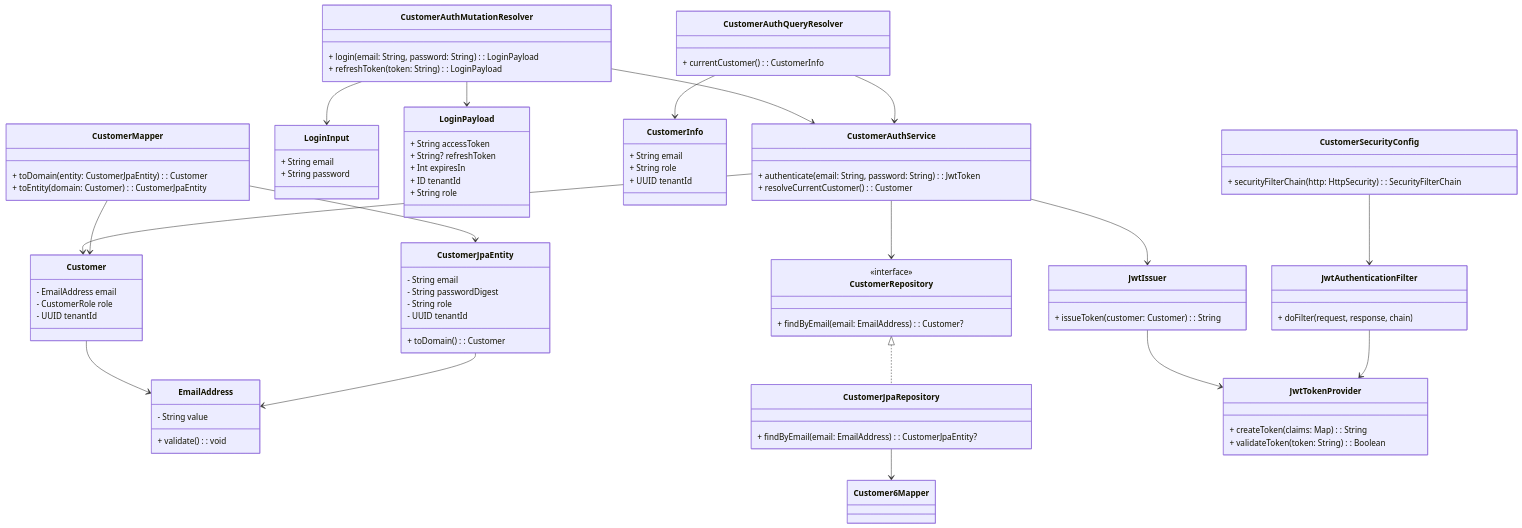
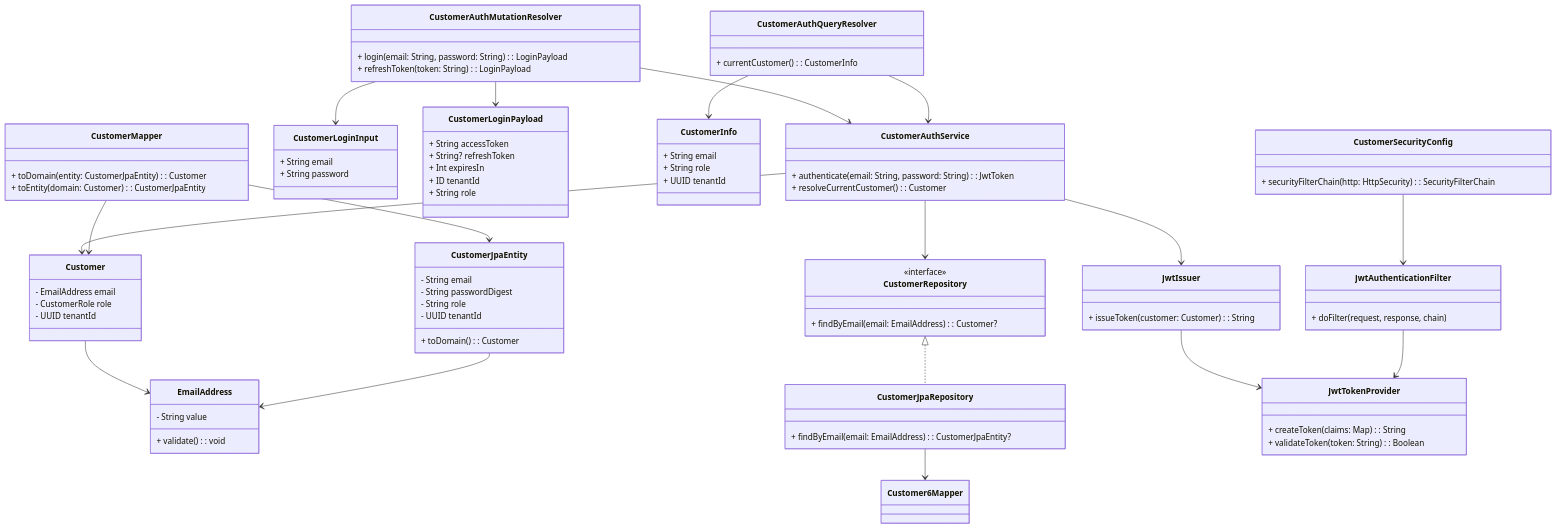
Before and after one commit to yuji91/kt-event-saas: the second of 2 diagrams in docs/04_customer/README.md, drawn with Mermaid. The commit also changed other lines of this file and 6 other files, not shown here.

Commit message:
fix: 名前衝突しないよう OrganizerLoginInput, OrganizerLoginPayload とクラス名を変更した

```diff
--- a/docs/04_customer/README.md
+++ b/docs/04_customer/README.md
@@ -201,12 +201,12 @@
         + currentCustomer(): CustomerInfo
     }
 
-    class LoginInput {
+    class CustomerLoginInput {
         + String email
         + String password
     }
 
-    class LoginPayload {
+    class CustomerLoginPayload {
         + String accessToken
         + String? refreshToken
         + Int expiresIn
@@ -257,8 +257,8 @@
     CustomerAuthService --> Customer
     CustomerAuthService --> JwtIssuer
     CustomerAuthMutationResolver --> CustomerAuthService
-    CustomerAuthMutationResolver --> LoginInput
-    CustomerAuthMutationResolver --> LoginPayload
+    CustomerAuthMutationResolver --> CustomerLoginInput
+    CustomerAuthMutationResolver --> CustomerLoginPayload
     CustomerAuthQueryResolver --> CustomerAuthService
     CustomerAuthQueryResolver --> CustomerInfo
     CustomerRepository <|.. CustomerJpaRepository
```
